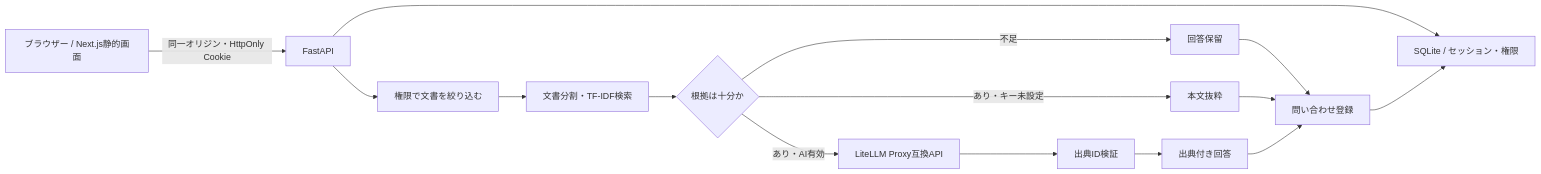
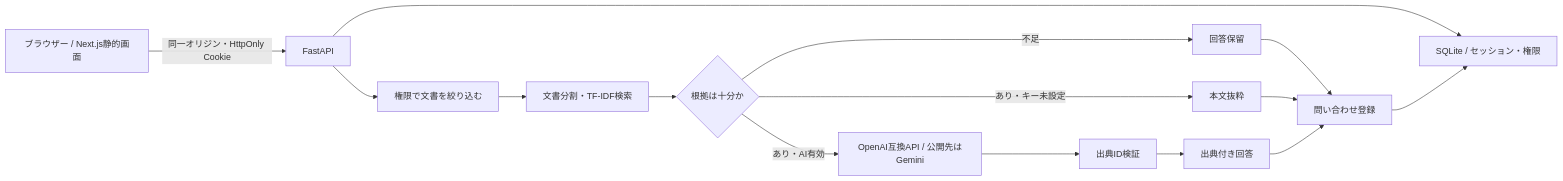
Before and after one commit to yamanaka-dev-yy/enterprise-ai-helpdesk: the diagram in docs/architecture.md, drawn with Mermaid. The commit also changed other lines of this file and 4 other files, not shown here.

````diff
--- a/docs/architecture.md
+++ b/docs/architecture.md
@@ -3,17 +3,17 @@
 ```mermaid
 flowchart LR
   U[ブラウザー / Next.js静的画面] -->|同一オリジン・HttpOnly Cookie| A[FastAPI]
   A --> S[SQLite / セッション・権限]
   A --> F[権限で文書を絞り込む]
   F --> R[文書分割・TF-IDF検索]
   R --> D{根拠は十分か}
   D -->|不足| H[回答保留]
   D -->|あり・キー未設定| E[本文抜粋]
-  D -->|あり・AI有効| L[LiteLLM Proxy互換API]
+  D -->|あり・AI有効| L[OpenAI互換API / 公開先はGemini]
   L --> C[出典ID検証]
   C --> O[出典付き回答]
   H --> T[問い合わせ登録]
   E --> T
   O --> T
   T --> S
 ```
````
